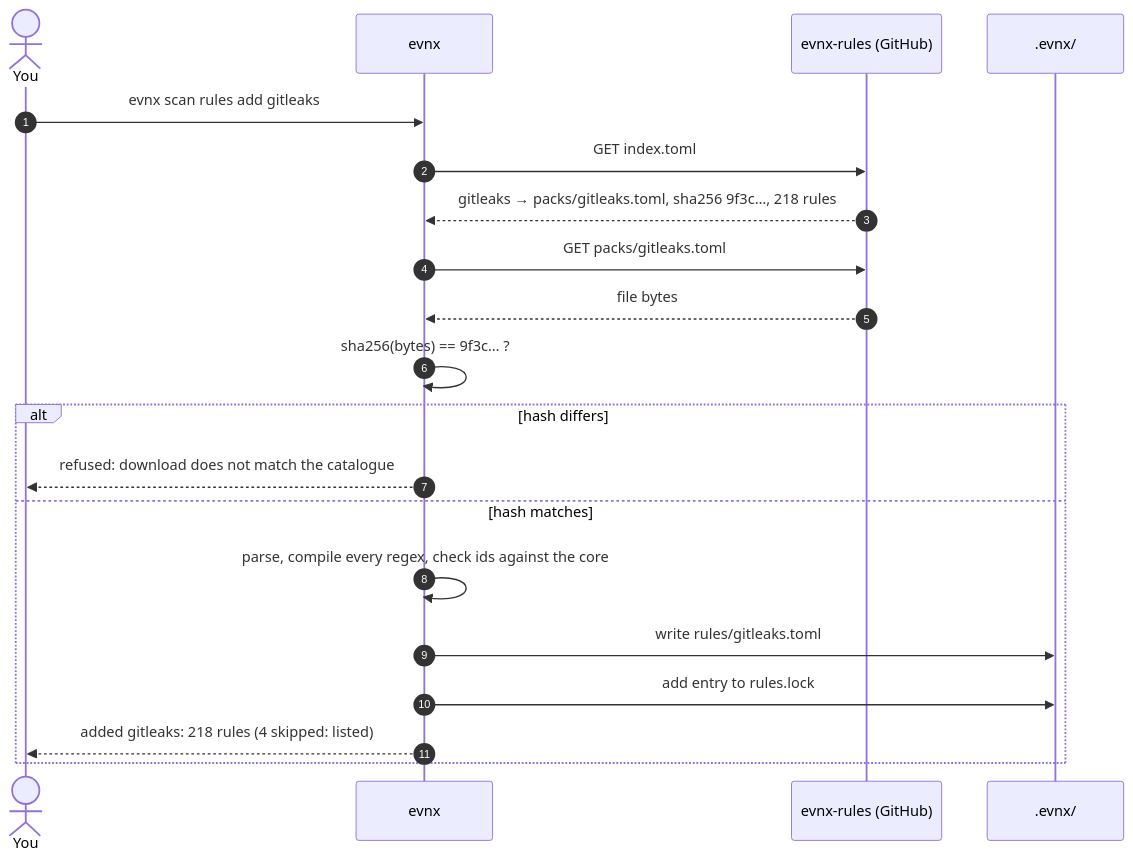
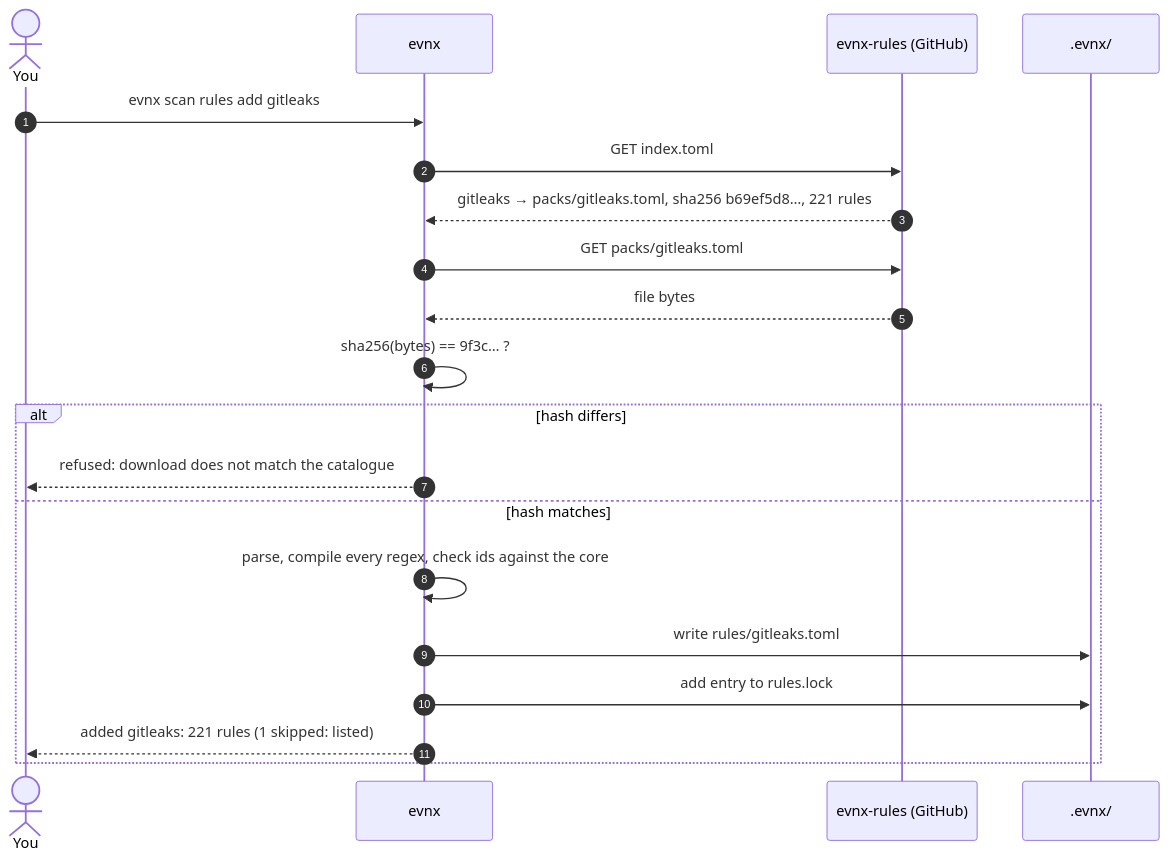
One commit to urwithajit9/evnx-rules changed the third of 5 diagrams in README.md. Above: the diagram before and after it, drawn with Mermaid. The commit also changed other lines of this file and 8 other files, not shown here.

````diff
--- a/README.md
+++ b/README.md
@@ -140,23 +141,23 @@
 ```mermaid
 sequenceDiagram
     autonumber
     actor U as You
     participant E as evnx
     participant G as evnx-rules (GitHub)
     participant D as .evnx/
 
     U->>E: evnx scan rules add gitleaks
     E->>G: GET index.toml
-    G-->>E: gitleaks → packs/gitleaks.toml, sha256 9f3c…, 218 rules
+    G-->>E: gitleaks → packs/gitleaks.toml, sha256 b69ef5d8…, 221 rules
     E->>G: GET packs/gitleaks.toml
     G-->>E: file bytes
     E->>E: sha256(bytes) == 9f3c… ?
     alt hash differs
         E-->>U: refused: download does not match the catalogue
     else hash matches
         E->>E: parse, compile every regex, check ids against the core
         E->>D: write rules/gitleaks.toml
         E->>D: add entry to rules.lock
-        E-->>U: added gitleaks: 218 rules (4 skipped: listed)
+        E-->>U: added gitleaks: 221 rules (1 skipped: listed)
     end
 ```
````
